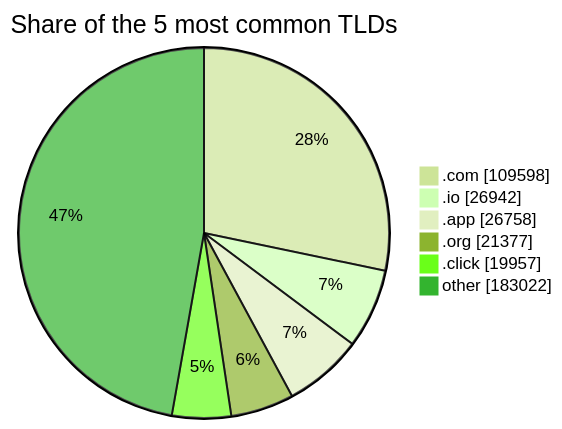
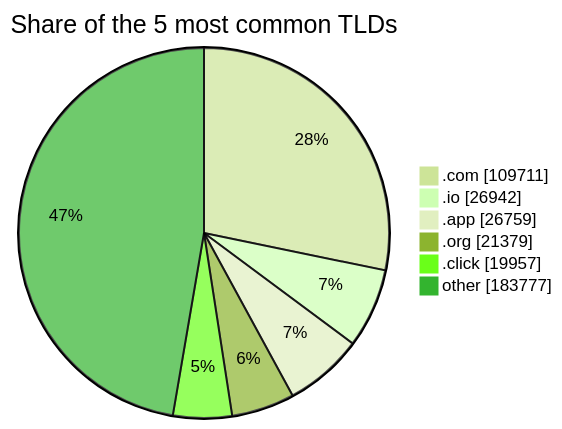
Before and after one commit to DNSBunker/CTI: the third of 3 diagrams in README.md, drawn with Mermaid (forest theme). The commit also changed other lines of this file and 3 other files, not shown here.

````diff
--- a/README.md
+++ b/README.md
@@ -81,9 +81,9 @@
 ```mermaid
 pie showData title Share of the 5 most common TLDs
-    ".com" : 109598
+    ".com" : 109711
     ".io" : 26942
-    ".app" : 26758
-    ".org" : 21377
+    ".app" : 26759
+    ".org" : 21379
     ".click" : 19957
-    "other" : 183022
+    "other" : 183777
 ```
````
